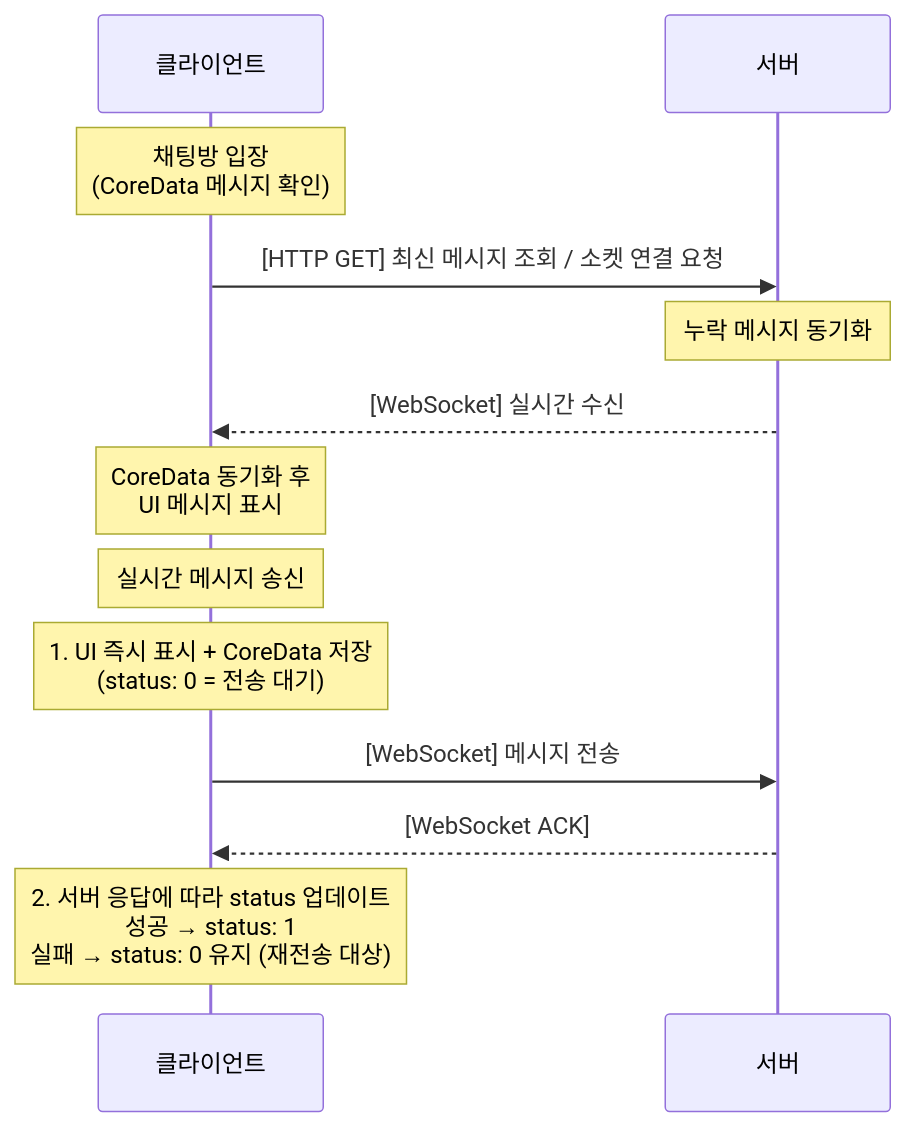
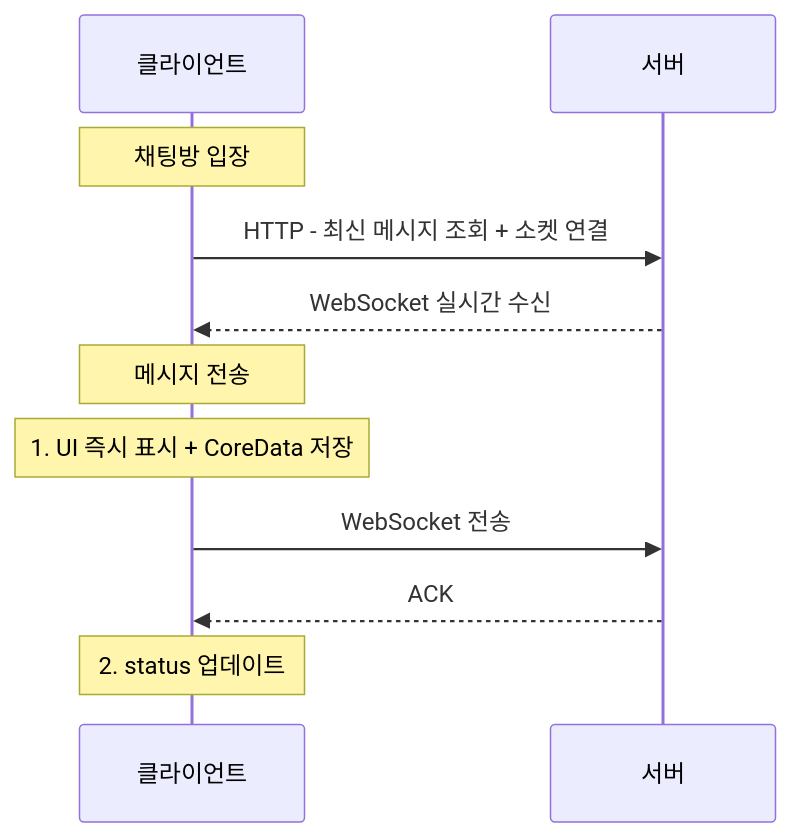
Before and after one commit to ParkSY0919/GLINT-iOS: the third of 3 diagrams in README.md, drawn with Mermaid. The commit also changed other lines of this file, not shown here.

````diff
--- a/README.md
+++ b/README.md
@@ -351,17 +136,14 @@
 ```mermaid
 sequenceDiagram
     participant C as 클라이언트
     participant S as 서버
 
-    Note over C: 채팅방 입장<br/>(CoreData 메시지 확인)
-    C->>S: [HTTP GET] 최신 메시지 조회 / 소켓 연결 요청
-    Note over S: 누락 메시지 동기화
-    S-->>C: [WebSocket] 실시간 수신
-    Note over C: CoreData 동기화 후<br/>UI 메시지 표시
-
-    Note over C: 실시간 메시지 송신
-    Note over C: 1. UI 즉시 표시 + CoreData 저장<br/>(status: 0 = 전송 대기)
-    C->>S: [WebSocket] 메시지 전송
-    S-->>C: [WebSocket ACK]
-    Note over C: 2. 서버 응답에 따라 status 업데이트<br/>성공 → status: 1<br/>실패 → status: 0 유지 (재전송 대상)
+    Note over C: 채팅방 입장
+    C->>S: HTTP - 최신 메시지 조회 + 소켓 연결
+    S-->>C: WebSocket 실시간 수신
+    Note over C: 메시지 전송
+    Note over C: 1. UI 즉시 표시 + CoreData 저장
+    C->>S: WebSocket 전송
+    S-->>C: ACK
+    Note over C: 2. status 업데이트
 ```
````
